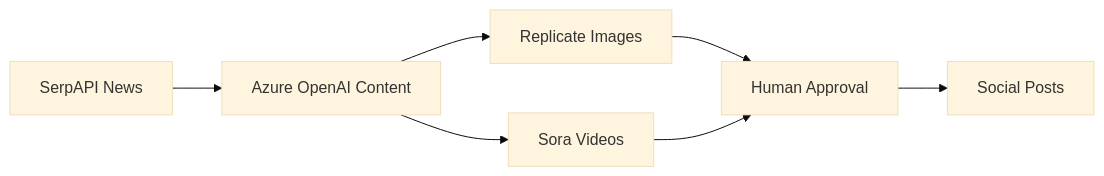
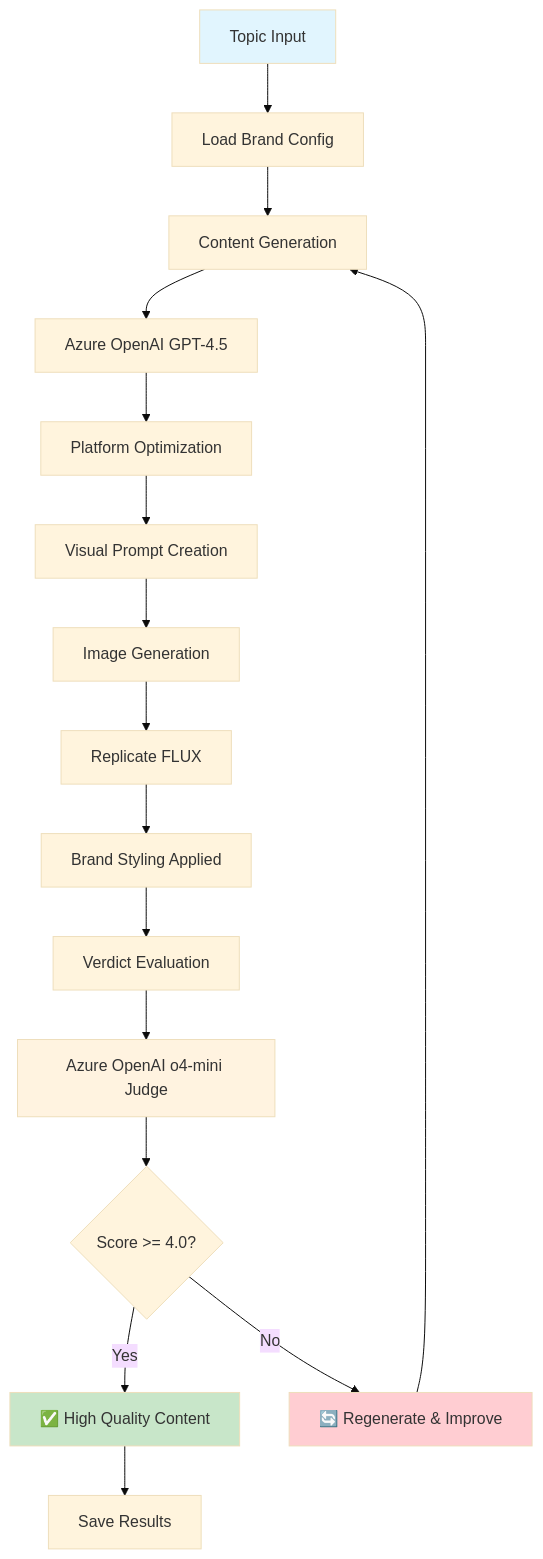
One commit to amadad/phantom-cli-tools changed the diagram in README.md. Above: the diagram before and after it, drawn with Mermaid (base theme). The commit also changed other lines of this file and 76 other files, not shown here.

````diff
--- a/README.md
+++ b/README.md
@@ -80,9 +109,23 @@
 ```mermaid
-graph LR
-    A[SerpAPI News] --> B[Azure OpenAI Content]
-    B --> C[Replicate Images]
-    B --> D[Sora Videos]
-    C --> E[Human Approval]
-    D --> E
-    E --> F[Social Posts]
+flowchart TD
+    A[Topic Input] --> B[Load Brand Config]
+    B --> C[Content Generation]
+    C --> D[Azure OpenAI GPT-4.5]
+    D --> E[Platform Optimization]
+    E --> F[Visual Prompt Creation]
+    F --> G[Image Generation]
+    G --> H[Replicate FLUX]
+    H --> I[Brand Styling Applied]
+    I --> J[Verdict Evaluation]
+    J --> K[Azure OpenAI o4-mini Judge]
+    K --> L{Score >= 4.0?}
+    L -->|Yes| M[✅ High Quality Content]
+    L -->|No| N[🔄 Regenerate & Improve]
+    N --> C
+    M --> O[Save Results]
+    
+    style A fill:#e1f5fe
+    style M fill:#c8e6c9
+    style N fill:#ffcdd2
+    style K fill:#fff3e0
 ```
````
